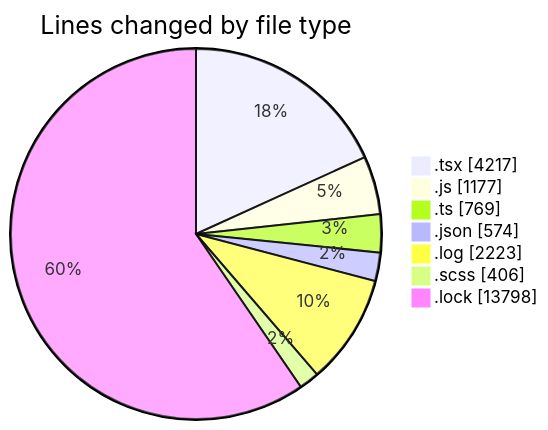
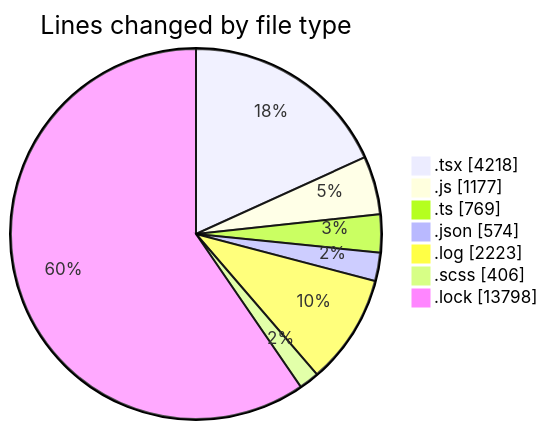
Before and after one commit to momahboobian/code-tracking: the first of 2 diagrams in 2026-04-17/cda/README.md, drawn with Mermaid. The commit also changed other lines of this file and 1 other file, not shown here.

````diff
--- a/2026-04-17/cda/README.md
+++ b/2026-04-17/cda/README.md
@@ -58,11 +58,11 @@
 ```mermaid
 pie showData
 title Lines changed by file type
-".tsx" : 4217
+".tsx" : 4218
 ".js" : 1177
 ".ts" : 769
 ".json" : 574
 ".log" : 2223
 ".scss" : 406
 ".lock" : 13798
 ```
````
